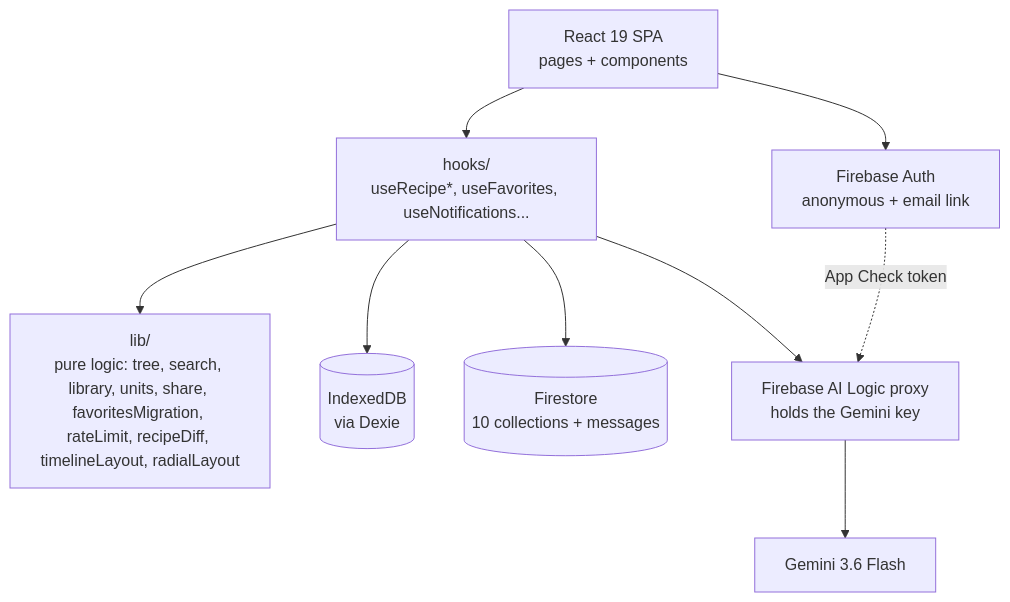
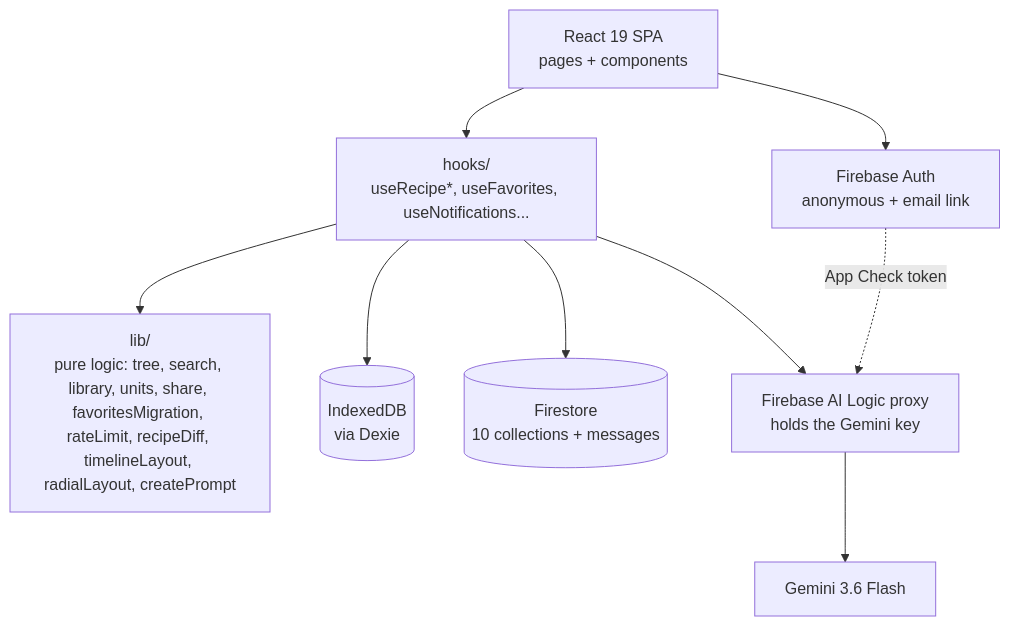
Before and after one commit to hpeppitt/recipe-app: the diagram in docs/architecture.md, drawn with Mermaid. The commit also changed other lines of this file and 12 other files, not shown here.

````diff
--- a/docs/architecture.md
+++ b/docs/architecture.md
@@ -12,20 +12,20 @@
 ```mermaid
 flowchart TD
     UI[React 19 SPA<br/>pages + components]
     Hooks[hooks/<br/>useRecipe*, useFavorites, useNotifications...]
-    Lib[lib/<br/>pure logic: tree, search, library, units, share, favoritesMigration, rateLimit, recipeDiff, timelineLayout, radialLayout]
+    Lib[lib/<br/>pure logic: tree, search, library, units, share, favoritesMigration, rateLimit, recipeDiff, timelineLayout, radialLayout, createPrompt]
     Dexie[(IndexedDB<br/>via Dexie)]
     FS[(Firestore<br/>10 collections + messages)]
     Auth[Firebase Auth<br/>anonymous + email link]
     AILogic[Firebase AI Logic proxy<br/>holds the Gemini key]
     Gemini[Gemini 3.6 Flash]
 
     UI --> Hooks
     Hooks --> Lib
     Hooks --> Dexie
     Hooks --> FS
     Hooks --> AILogic
     UI --> Auth
     AILogic --> Gemini
     Auth -. App Check token .-> AILogic
 ```
````
